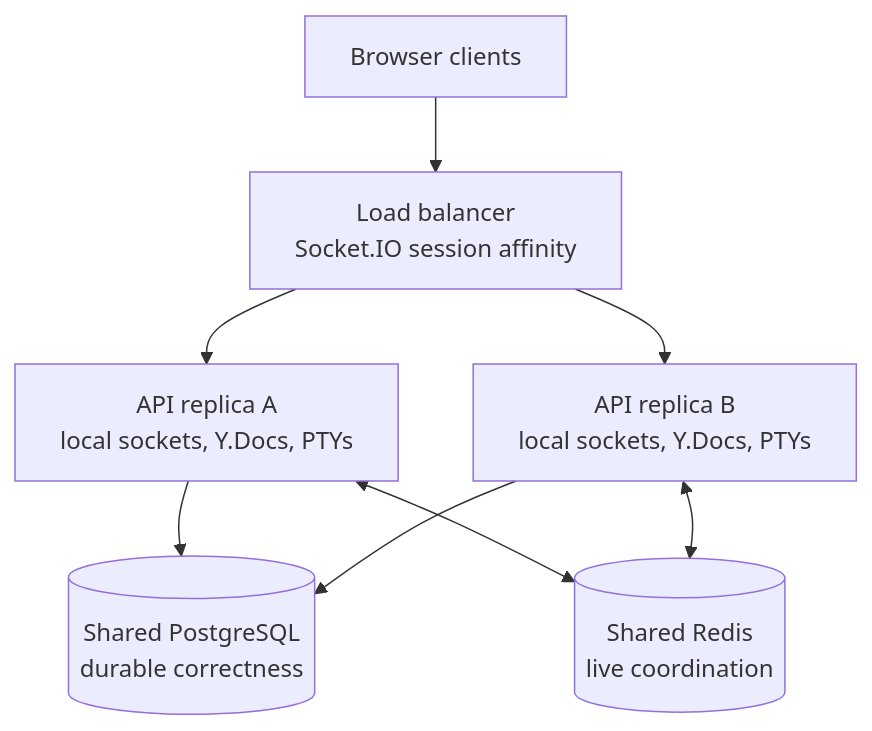
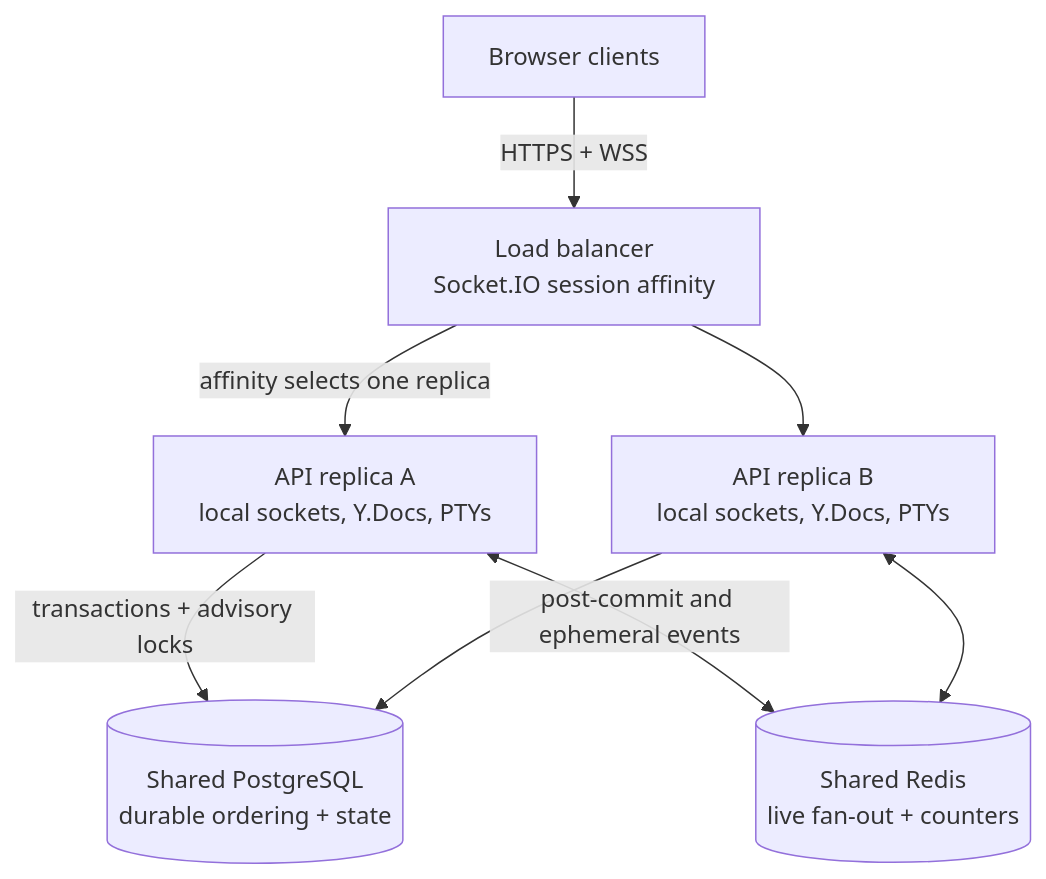
The diagram in docs/explanation/scaling-and-failure-model.md (santinomarial/Meridian), drawn with Mermaid before and after one commit. The commit also changed 10 other files, not shown here.

Commit message:
Redesign architecture diagrams

````diff
--- a/docs/explanation/scaling-and-failure-model.md
+++ b/docs/explanation/scaling-and-failure-model.md
@@ -8,17 +8,17 @@
 ```mermaid
 flowchart TB
     Clients["Browser clients"]
     LB["Load balancer<br/>Socket.IO session affinity"]
     A["API replica A<br/>local sockets, Y.Docs, PTYs"]
     B["API replica B<br/>local sockets, Y.Docs, PTYs"]
-    PG[("Shared PostgreSQL<br/>durable correctness")]
-    Redis[("Shared Redis<br/>live coordination")]
+    PG[("Shared PostgreSQL<br/>durable ordering + state")]
+    Redis[("Shared Redis<br/>live fan-out + counters")]
 
-    Clients --> LB
-    LB --> A
+    Clients -->|"HTTPS + WSS"| LB
+    LB -->|"affinity selects one replica"| A
     LB --> B
-    A --> PG
+    A -->|"transactions + advisory locks"| PG
     B --> PG
-    A <--> Redis
+    A <-->|"post-commit and ephemeral events"| Redis
     B <--> Redis
 ```
````
